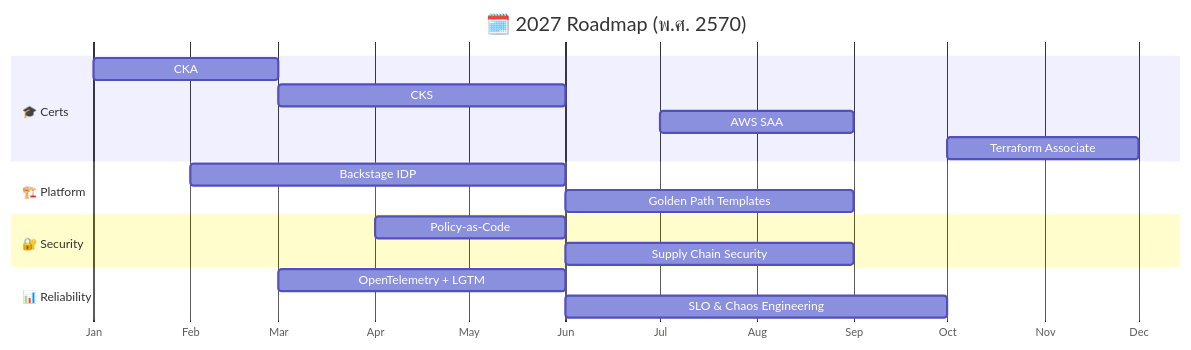
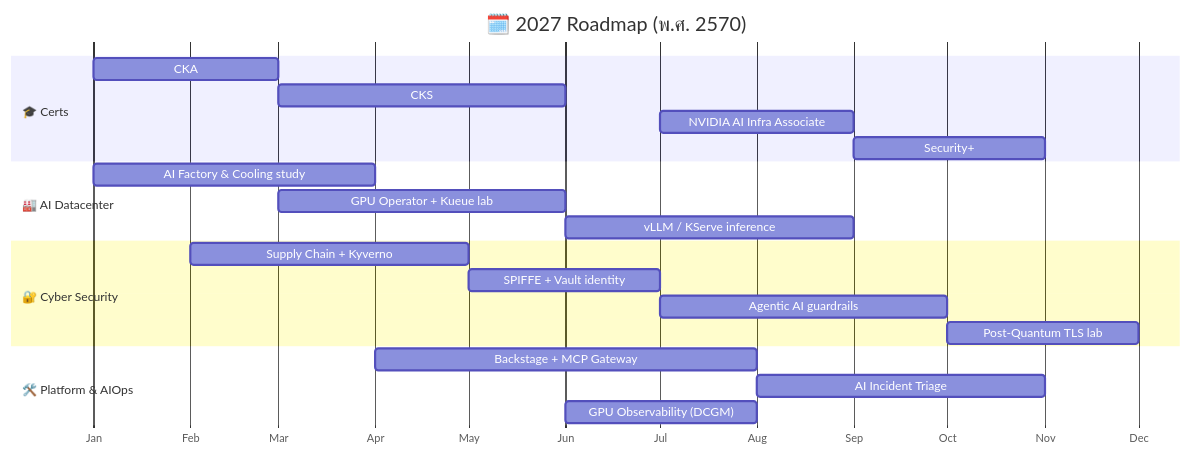
One commit to bom-sudo/bom-sudo changed the third of 3 diagrams in README.md. Above: the diagram before and after it, drawn with Mermaid. The commit also changed other lines of this file, not shown here.

Commit message:
docs: update 2027 roadmap with AI datacenter and cyber security focus

````diff
--- a/README.md
+++ b/README.md
@@ -195,24 +236,28 @@
 ```mermaid
 gantt
     title 🗓️ 2027 Roadmap (พ.ศ. 2570)
     dateFormat YYYY-MM
     axisFormat %b
 
     section 🎓 Certs
     CKA                          :a1, 2027-01, 2M
     CKS                          :a2, after a1, 3M
-    AWS SAA                      :a3, 2027-07, 2M
-    Terraform Associate          :a4, 2027-10, 2M
+    NVIDIA AI Infra Associate    :a3, 2027-07, 2M
+    Security+                    :a4, 2027-09, 2M
 
-    section 🏗️ Platform
-    Backstage IDP                :b1, 2027-02, 4M
-    Golden Path Templates        :b2, after b1, 3M
+    section 🏭 AI Datacenter
+    AI Factory & Cooling study   :b1, 2027-01, 3M
+    GPU Operator + Kueue lab     :b2, 2027-03, 3M
+    vLLM / KServe inference      :b3, after b2, 3M
 
-    section 🔐 Security
-    Policy-as-Code               :c1, 2027-04, 2M
-    Supply Chain Security        :c2, after c1, 3M
+    section 🔐 Cyber Security
+    Supply Chain + Kyverno       :c1, 2027-02, 3M
+    SPIFFE + Vault identity      :c2, after c1, 2M
+    Agentic AI guardrails        :c3, 2027-07, 3M
+    Post-Quantum TLS lab         :c4, 2027-10, 2M
 
-    section 📊 Reliability
-    OpenTelemetry + LGTM         :d1, 2027-03, 3M
-    SLO & Chaos Engineering      :d2, after d1, 4M
+    section 🛠️ Platform & AIOps
+    Backstage + MCP Gateway      :d1, 2027-04, 4M
+    AI Incident Triage           :d2, after d1, 3M
+    GPU Observability (DCGM)     :d3, 2027-06, 2M
 ```
````
